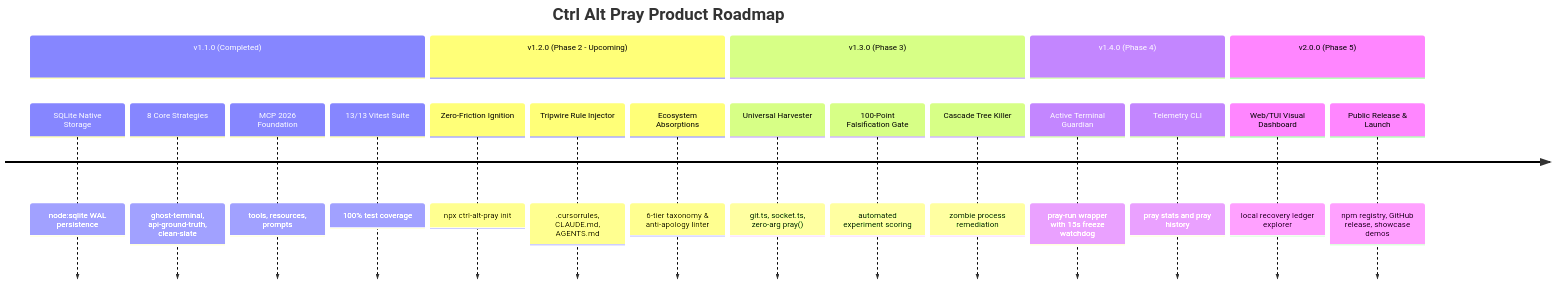
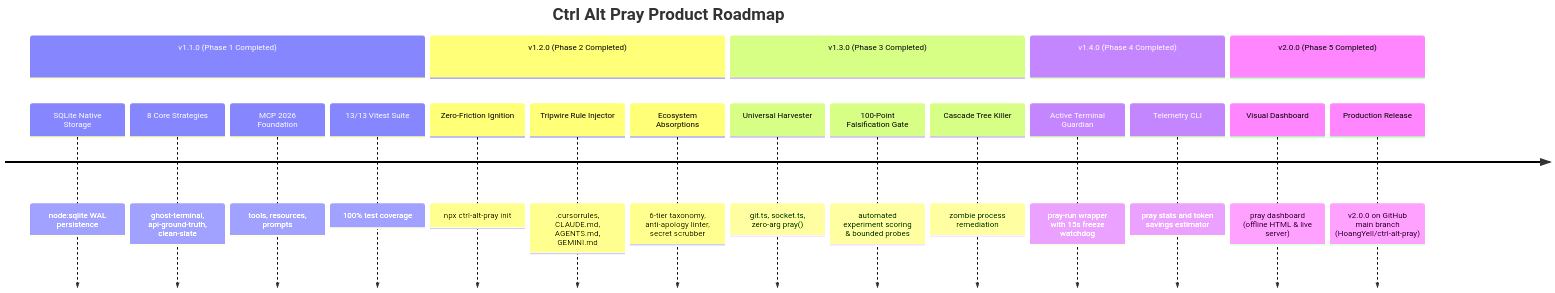
Before and after one commit to HoangYell/ctrl-alt-pray: the diagram in PLAN.md, drawn with Mermaid. The commit also changed other lines of this file, not shown here.

Commit message:
docs: mark all 5 phases as completed and verified in PLAN.md

````diff
--- a/PLAN.md
+++ b/PLAN.md
@@ -760,23 +760,23 @@
 ```mermaid
 timeline
     title Ctrl Alt Pray Product Roadmap
-    section v1.1.0 (Completed)
+    section v1.1.0 (Phase 1 Completed)
         SQLite Native Storage : node:sqlite WAL persistence
         8 Core Strategies : ghost-terminal, api-ground-truth, clean-slate
         MCP 2026 Foundation : tools, resources, prompts
         13/13 Vitest Suite : 100% test coverage
-    section v1.2.0 (Phase 2 - Upcoming)
+    section v1.2.0 (Phase 2 Completed)
         Zero-Friction Ignition : npx ctrl-alt-pray init
-        Tripwire Rule Injector : .cursorrules, CLAUDE.md, AGENTS.md
-        Ecosystem Absorptions : 6-tier taxonomy & anti-apology linter
-    section v1.3.0 (Phase 3)
+        Tripwire Rule Injector : .cursorrules, CLAUDE.md, AGENTS.md, GEMINI.md
+        Ecosystem Absorptions : 6-tier taxonomy, anti-apology linter, secret scrubber
+    section v1.3.0 (Phase 3 Completed)
         Universal Harvester : git.ts, socket.ts, zero-arg pray()
-        100-Point Falsification Gate : automated experiment scoring
+        100-Point Falsification Gate : automated experiment scoring & bounded probes
         Cascade Tree Killer : zombie process remediation
-    section v1.4.0 (Phase 4)
+    section v1.4.0 (Phase 4 Completed)
         Active Terminal Guardian : pray-run wrapper with 15s freeze watchdog
-        Telemetry CLI : pray stats and pray history
-    section v2.0.0 (Phase 5)
-        Web/TUI Visual Dashboard : local recovery ledger explorer
-        Public Release & Launch : npm registry, GitHub release, showcase demos
+        Telemetry CLI : pray stats and token savings estimator
+    section v2.0.0 (Phase 5 Completed)
+        Visual Dashboard : pray dashboard (offline HTML & live server)
+        Production Release : v2.0.0 on GitHub main branch (HoangYell/ctrl-alt-pray)
 ```
````
